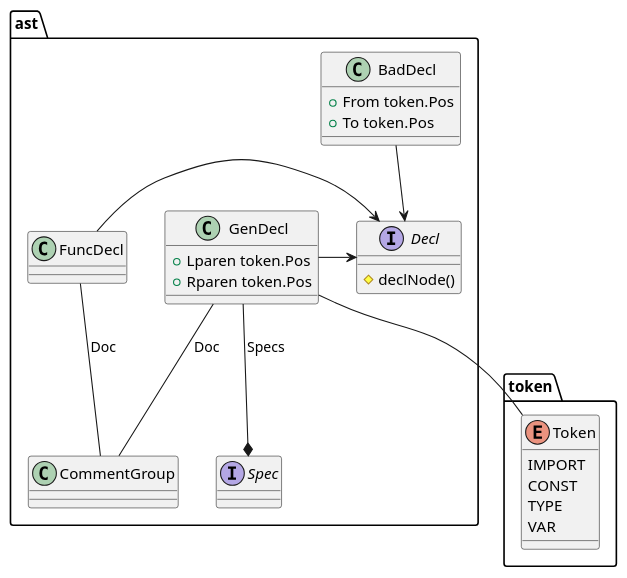
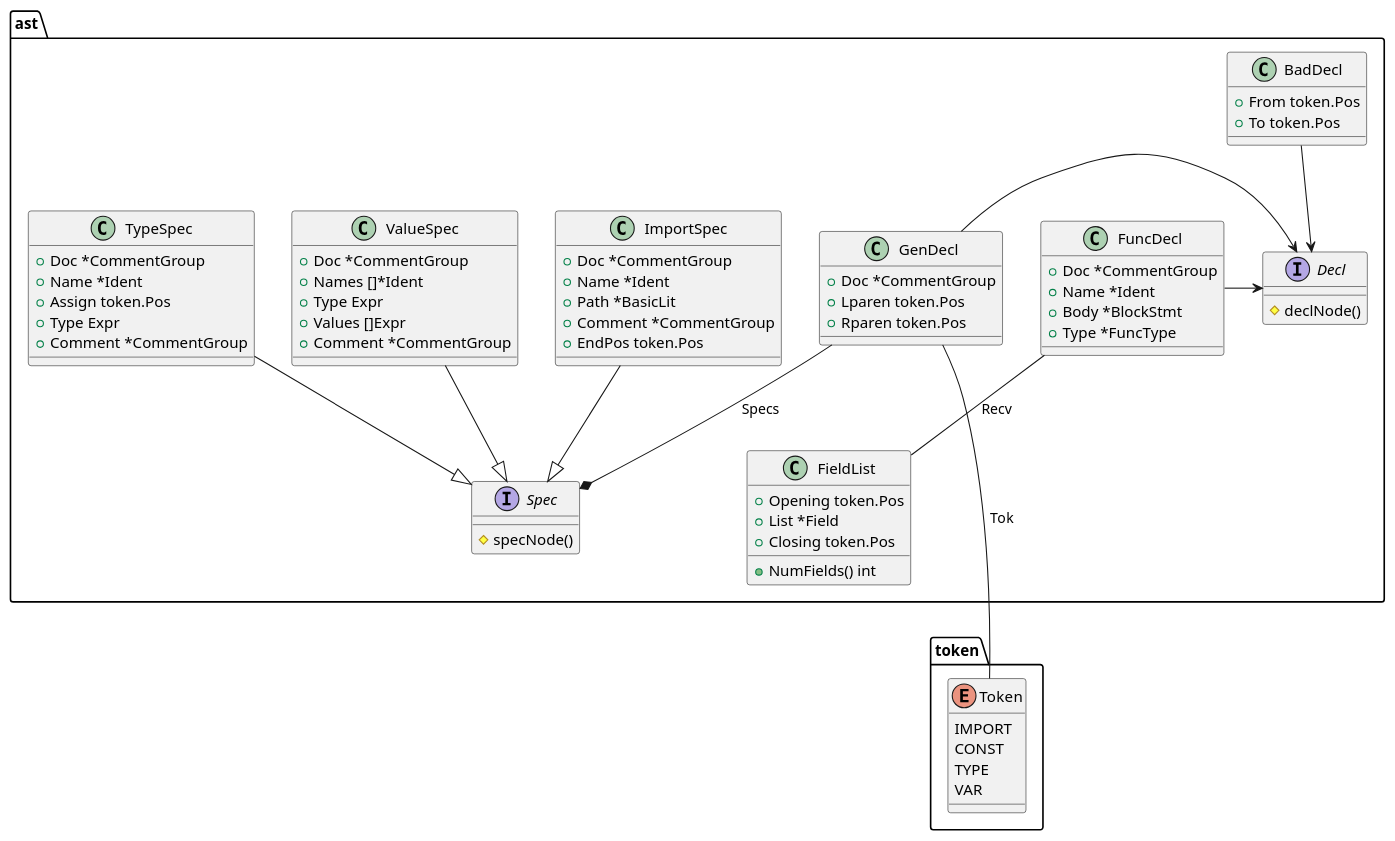
One commit to eroatta/thesis changed the diagram in implementation/ast_decls.puml. Above: the diagram before and after it, drawn with PlantUML. The commit also changed 1 other file, not shown here.

```diff
--- a/implementation/ast_decls.puml
+++ b/implementation/ast_decls.puml
@@ -1,42 +1,81 @@
 @startuml ast_decls
 
 package ast {
+    interface Spec {
+        # specNode()
+    }
+
+    class ImportSpec {
+        + Doc *CommentGroup
+        + Name *Ident
+        + Path *BasicLit
+        + Comment *CommentGroup
+        + EndPos token.Pos
+    }
+    ImportSpec --|> Spec
+
+    class ValueSpec {
+        + Doc *CommentGroup
+        + Names []*Ident
+        + Type Expr
+        + Values []Expr
+        + Comment *CommentGroup
+    }
+    ValueSpec --|> Spec
+
+    class TypeSpec {
+        + Doc *CommentGroup
+        + Name *Ident
+        + Assign token.Pos
+        + Type Expr
+        + Comment *CommentGroup
+    }
+    TypeSpec --|> Spec
+
     interface Decl {
         # declNode()
     }
 
-    interface Spec
-
     class GenDecl {
+        + Doc *CommentGroup
         + Lparen token.Pos
         + Rparen token.Pos
     }
     GenDecl -> Decl
-    GenDecl -- CommentGroup : Doc
     GenDecl --* Spec : Specs
 
-    class FuncDecl
+    class FieldList {
+        + Opening token.Pos
+        + List *Field
+        + Closing token.Pos
+        + NumFields() int
+    }
+
+    class FuncDecl {
+        + Doc *CommentGroup
+        + Name *Ident
+        + Body *BlockStmt
+        + Type *FuncType
+    }
     FuncDecl -> Decl
-    FuncDecl -- CommentGroup : Doc
+    FuncDecl -- FieldList : Recv
 
     class BadDecl {
         + From token.Pos
         + To token.Pos
     }
     BadDecl --> Decl
-
-    class CommentGroup
 }
 
 package token {
     enum TokenType as "Token" {
         IMPORT
         CONST
         TYPE
         VAR
     }
 }
 
-GenDecl -- TokenType
+GenDecl --- TokenType : Tok
 
 @enduml
```
